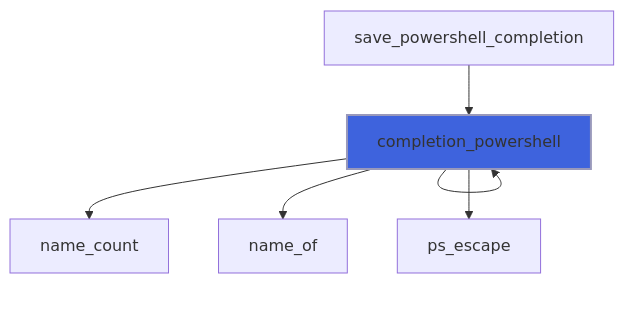
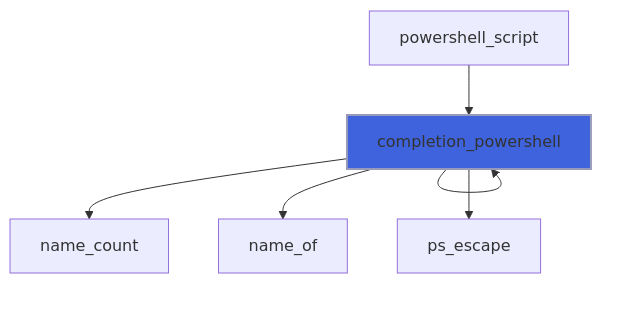
Diagram 22 of 39 in docs/api/src/lib/flap_command_line_arguments_group_t.md (szaghi/FLAP), drawn with Mermaid before and after one commit. The commit also changed other lines of this file and 15 other files, not shown here.

````diff
--- a/docs/api/src/lib/flap_command_line_arguments_group_t.md
+++ b/docs/api/src/lib/flap_command_line_arguments_group_t.md
@@ -888,10 +890,10 @@
 ```mermaid
 flowchart TD
   completion_powershell["completion_powershell"] --> completion_powershell["completion_powershell"]
-  save_powershell_completion["save_powershell_completion"] --> completion_powershell["completion_powershell"]
+  powershell_script["powershell_script"] --> completion_powershell["completion_powershell"]
   completion_powershell["completion_powershell"] --> completion_powershell["completion_powershell"]
   completion_powershell["completion_powershell"] --> name_count["name_count"]
   completion_powershell["completion_powershell"] --> name_of["name_of"]
   completion_powershell["completion_powershell"] --> ps_escape["ps_escape"]
   style completion_powershell fill:#3e63dd,stroke:#99b,stroke-width:2px
 ```
````
